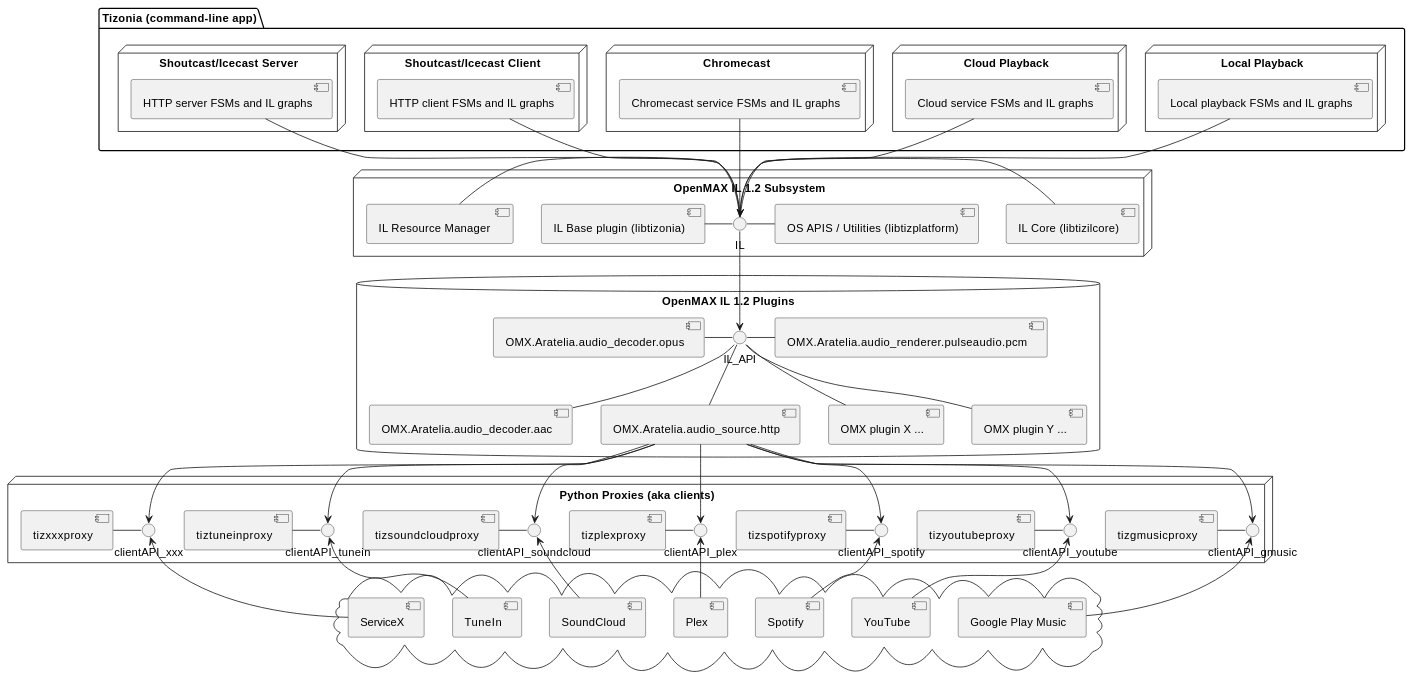
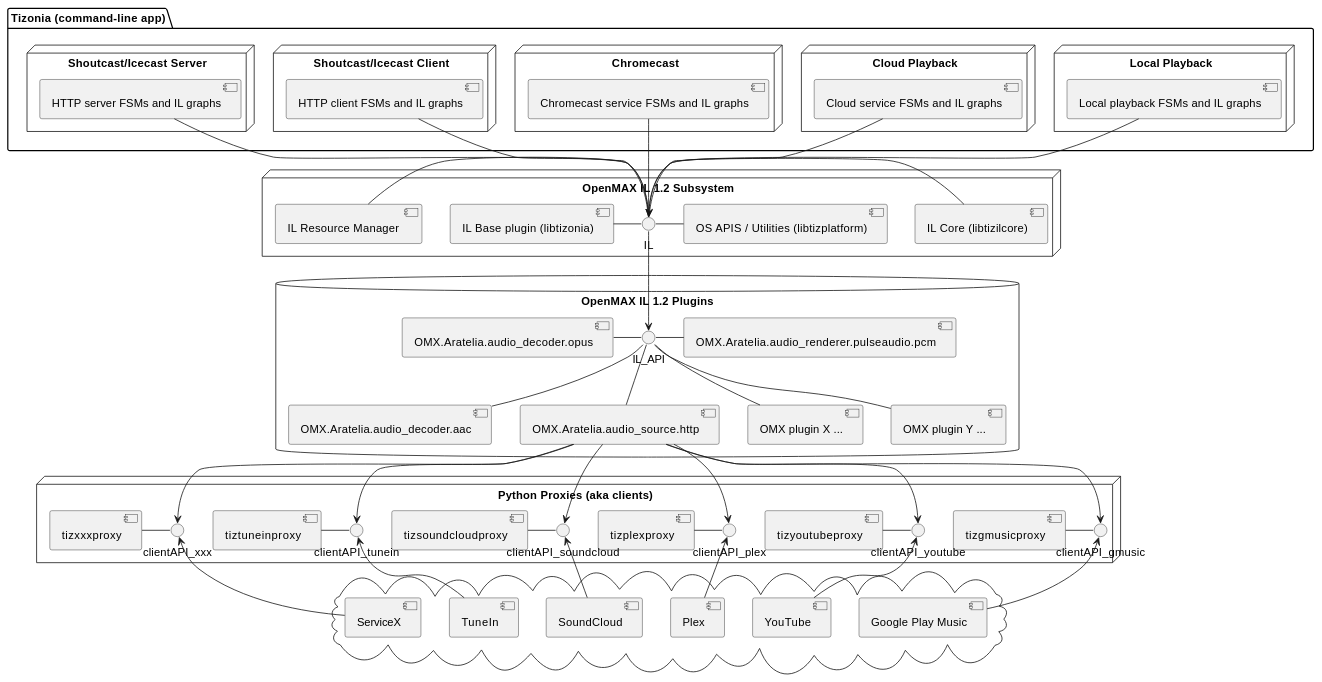
Before and after one commit to tizonia/tizonia-openmax-il: the diagram in docs/sphinx-src/development/development.rst, drawn with PlantUML. The commit also changed 147 other files, not shown here.

```diff
--- a/docs/sphinx-src/development/development.rst
+++ b/docs/sphinx-src/development/development.rst
@@ -12,75 +12,72 @@
 .. uml::
    :caption: The Tizonia Project components
    :scale: 100 %
    :width: 20cm
 
    @startuml
    package "Tizonia (command-line app)" {
      node "Local Playback" {
        [Local playback FSMs and IL graphs]
      }
      node "Cloud Playback" {
        [Cloud service FSMs and IL graphs]
      }
      node "Chromecast" {
        [Chromecast service FSMs and IL graphs]
      }
      node "Shoutcast/Icecast Client" {
        [HTTP client FSMs and IL graphs]
      }
      node "Shoutcast/Icecast Server" {
        [HTTP server FSMs and IL graphs]
      }
    }
 
    node "OpenMAX IL 1.2 Subsystem" {
      IL - [IL Core (libtizilcore)]
      [IL Base plugin (libtizonia)] - IL
      IL -left- [IL Resource Manager ]
      IL -right- [OS APIS / Utilities (libtizplatform)]
      [Local playback FSMs and IL graphs] --> IL
      [Cloud service FSMs and IL graphs] --> IL
      [Chromecast service FSMs and IL graphs] -- IL
      [HTTP client FSMs and IL graphs] -- IL
      [HTTP server FSMs and IL graphs] -- IL
    }
 
 
    database "OpenMAX IL 1.2 Plugins" {
       [OMX.Aratelia.audio_decoder.opus] - IL_API
       IL_API - [OMX.Aratelia.audio_renderer.pulseaudio.pcm]
       [OMX.Aratelia.audio_decoder.aac] -up- IL_API
       [OMX.Aratelia.audio_source.http] -up- IL_API
       [OMX plugin X ...] -up- IL_API
       [OMX plugin Y ...] -up- IL_API
       IL --> IL_API
    }
 
 
    node "Python Proxies (aka clients)" {
      [tizgmusicproxy] - clientAPI_gmusic
      [tizyoutubeproxy] - clientAPI_youtube
-     [tizspotifyproxy] - clientAPI_spotify
      [tizplexproxy] - clientAPI_plex
      [tizsoundcloudproxy] - clientAPI_soundcloud
      [tiztuneinproxy] - clientAPI_tunein
      [tizxxxproxy] - clientAPI_xxx
      [OMX.Aratelia.audio_source.http] --> clientAPI_gmusic
      [OMX.Aratelia.audio_source.http] --> clientAPI_youtube
-     [OMX.Aratelia.audio_source.http] --> clientAPI_spotify
      [OMX.Aratelia.audio_source.http] --> clientAPI_plex
      [OMX.Aratelia.audio_source.http] --> clientAPI_soundcloud
      [OMX.Aratelia.audio_source.http] --> clientAPI_tunein
      [OMX.Aratelia.audio_source.http] --> clientAPI_xxx
    }
 
    cloud {
      [Google Play Music] -up-> clientAPI_gmusic
-     [Spotify] -up-> clientAPI_spotify
      [YouTube] -up-> clientAPI_youtube
      [Plex] -up-> clientAPI_plex
      [SoundCloud] -up-> clientAPI_soundcloud
      [TuneIn] -up-> clientAPI_tunein
      [ServiceX] -up-> clientAPI_xxx
    }
    @enduml
```
